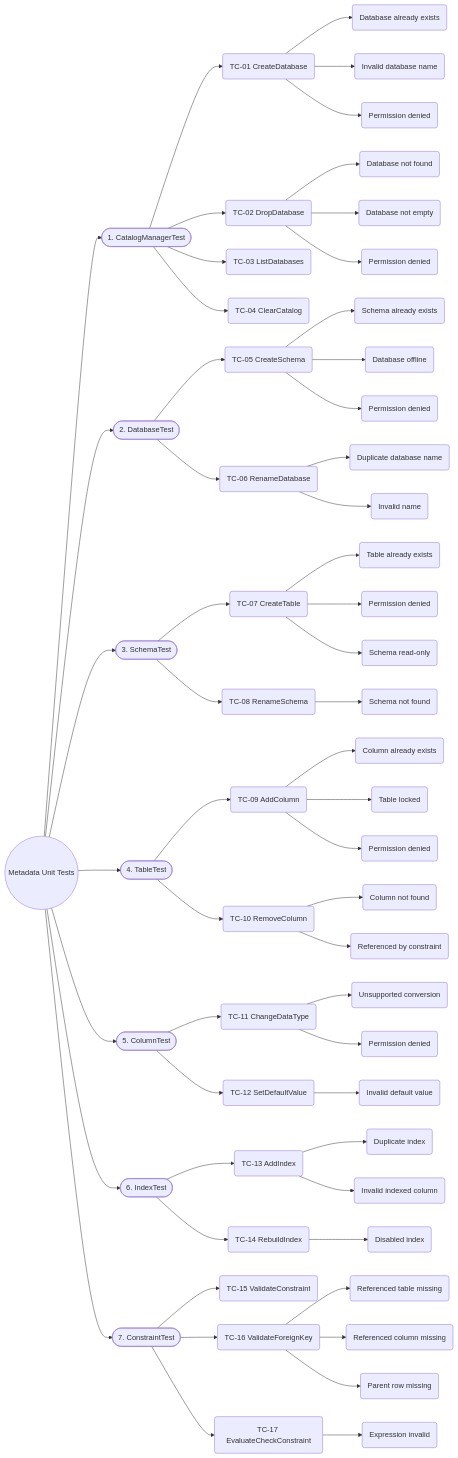
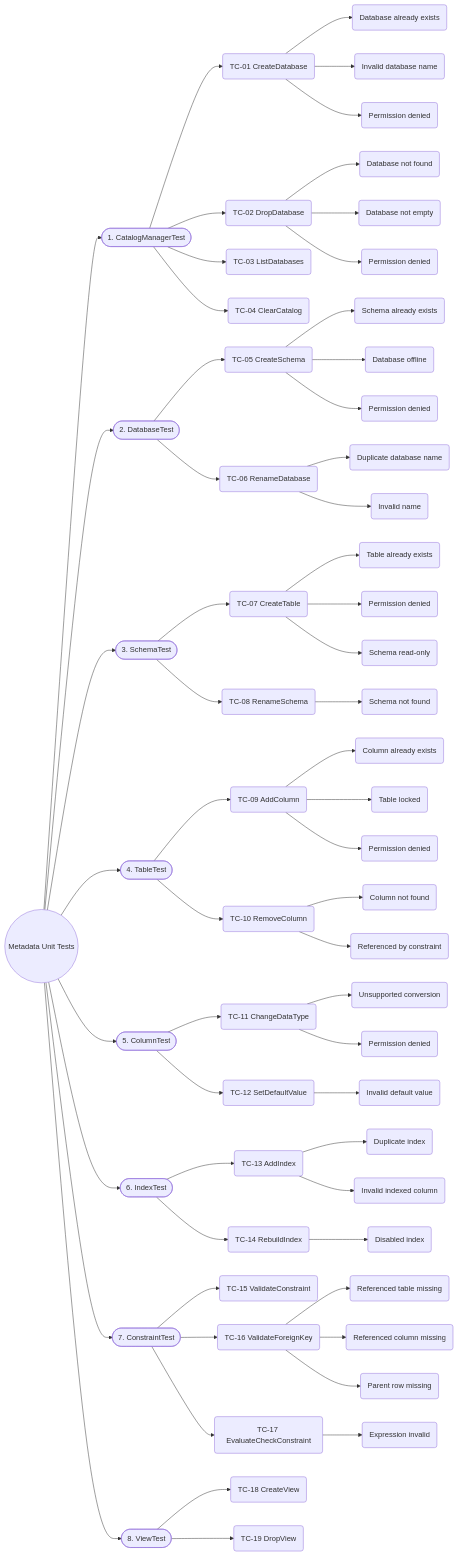
One commit to Dikhang1112/Database_Management_BBV changed the second of 11 diagrams in docs/unit_test/README.md. Above: the diagram before and after it, drawn with Mermaid. The commit also changed other lines of this file and 6 other files, not shown here.

Commit message:
Add docs sequece diagram and scenario testcase

````diff
--- a/docs/unit_test/README.md
+++ b/docs/unit_test/README.md
@@ -117,6 +69,7 @@
     Cat5(["5. ColumnTest"])
     Cat6(["6. IndexTest"])
     Cat7(["7. ConstraintTest"])
+    Cat8(["8. ViewTest"])
 
     Root --> Cat1
     Root --> Cat2
@@ -125,6 +78,7 @@
     Root --> Cat5
     Root --> Cat6
     Root --> Cat7
+    Root --> Cat8
 
     Cat1 --> TC01("TC-01 CreateDatabase")
     TC01 --> TC01A("Database already exists")
@@ -188,4 +142,7 @@
 
     Cat7 --> TC17("TC-17 EvaluateCheckConstraint")
     TC17 --> TC17A("Expression invalid")
+
+    Cat8 --> TC18("TC-18 CreateView")
+    Cat8 --> TC19("TC-19 DropView")
 ```
````
